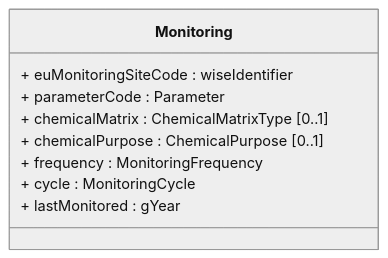
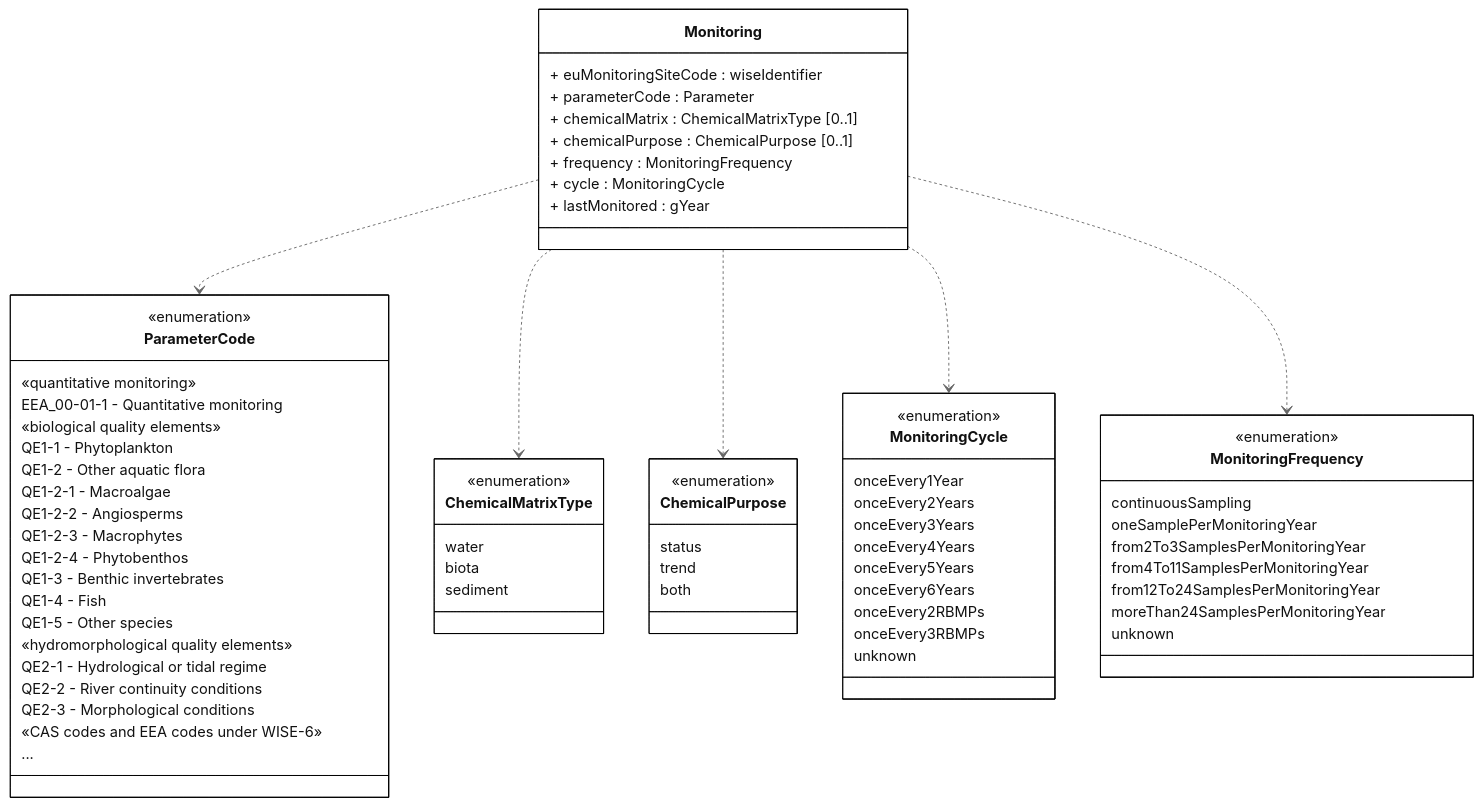
The diagram in docs/DataModelReview/mmd/Monitoring_4thCycle_Monitoring_ClassDiagram.mmd (eeadata/WISE.WFD.Documentation), drawn with Mermaid before and after one commit. The commit also changed 15 other files, not shown here.

```diff
--- a/docs/DataModelReview/mmd/Monitoring_4thCycle_Monitoring_ClassDiagram.mmd
+++ b/docs/DataModelReview/mmd/Monitoring_4thCycle_Monitoring_ClassDiagram.mmd
@@ -1,18 +1,94 @@
 ---
 config:
   class:
     hideEmptyMembersBox: true
   layout: dagre
   theme: neutral
 ---
 classDiagram
-direction LR
+direction TB
+
+
 class Monitoring{
   + euMonitoringSiteCode : wiseIdentifier
   + parameterCode : Parameter
   + chemicalMatrix : ChemicalMatrixType [0..1]
   + chemicalPurpose : ChemicalPurpose [0..1]
   + frequency : MonitoringFrequency
   + cycle : MonitoringCycle
   + lastMonitored : gYear
 }
+
+class ParameterCode{
+  <<enumeration>>
+
+  «quantitative monitoring»
+  EEA_00-01-1 - Quantitative monitoring
+
+  «biological quality elements»
+  QE1-1 - Phytoplankton
+  QE1-2 - Other aquatic flora
+  QE1-2-1 - Macroalgae
+  QE1-2-2 - Angiosperms
+  QE1-2-3 - Macrophytes
+  QE1-2-4 - Phytobenthos
+  QE1-3 - Benthic invertebrates
+  QE1-4 - Fish
+  QE1-5 - Other species
+
+  «hydromorphological quality elements»
+  QE2-1 - Hydrological or tidal regime
+  QE2-2 - River continuity conditions
+  QE2-3 - Morphological conditions
+
+  «CAS codes and EEA codes under WISE-6»
+  ...
+}
+
+class ChemicalMatrixType{
+    <<enumeration>>
+    water
+    biota
+    sediment
+    }
+
+class ChemicalPurpose{
+    <<enumeration>>
+    status
+    trend
+    both
+    }   
+
+class MonitoringFrequency{
+    <<enumeration>>
+    continuousSampling
+    oneSamplePerMonitoringYear
+    from2To3SamplesPerMonitoringYear
+    from4To11SamplesPerMonitoringYear
+    from12To24SamplesPerMonitoringYear
+    moreThan24SamplesPerMonitoringYear
+    unknown
+    }   
+
+class MonitoringCycle{
+    <<enumeration>>
+    onceEvery1Year
+    onceEvery2Years
+    onceEvery3Years
+    onceEvery4Years
+    onceEvery5Years
+    onceEvery6Years
+    onceEvery2RBMPs
+    onceEvery3RBMPs
+    unknown
+    }   
+
+Monitoring ..> ParameterCode
+Monitoring ..> ChemicalMatrixType
+Monitoring ..> ChemicalPurpose
+
+Monitoring ..> MonitoringCycle
+Monitoring ..> MonitoringFrequency
+
+classDef default fill:white,stroke:#000;
+classDef forFixing fill:white,stroke:#f00;
```
